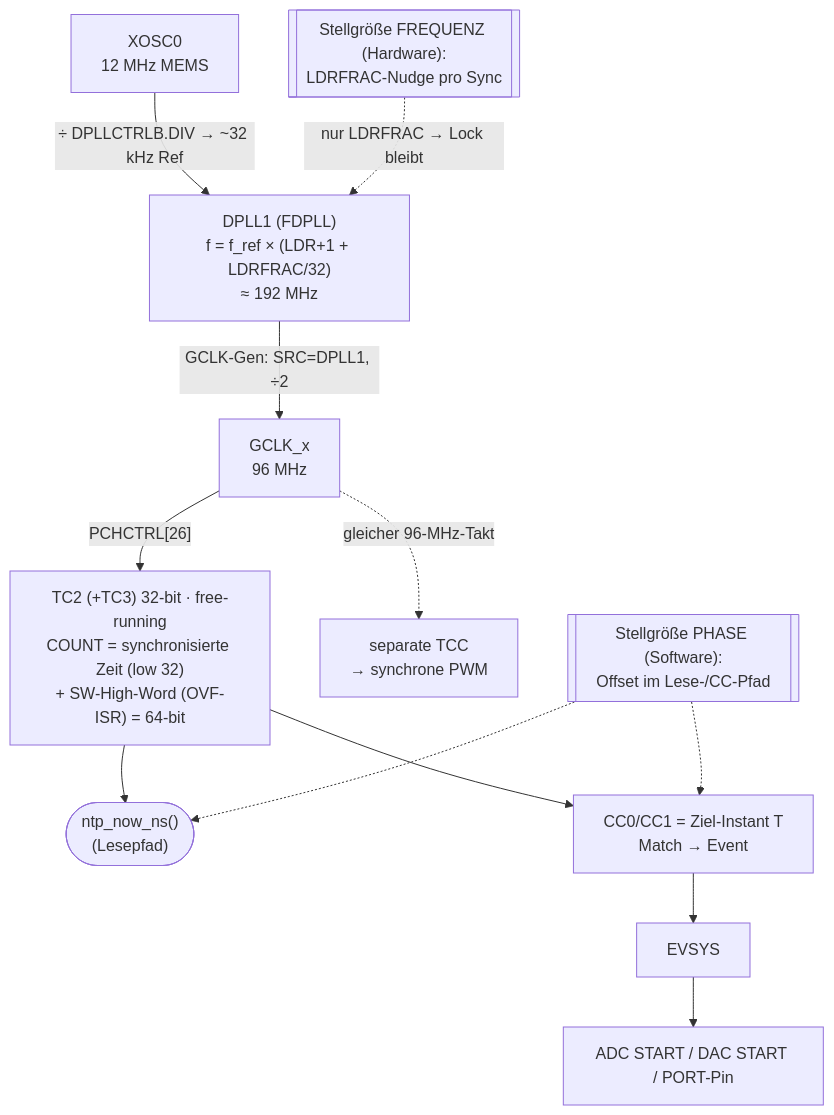
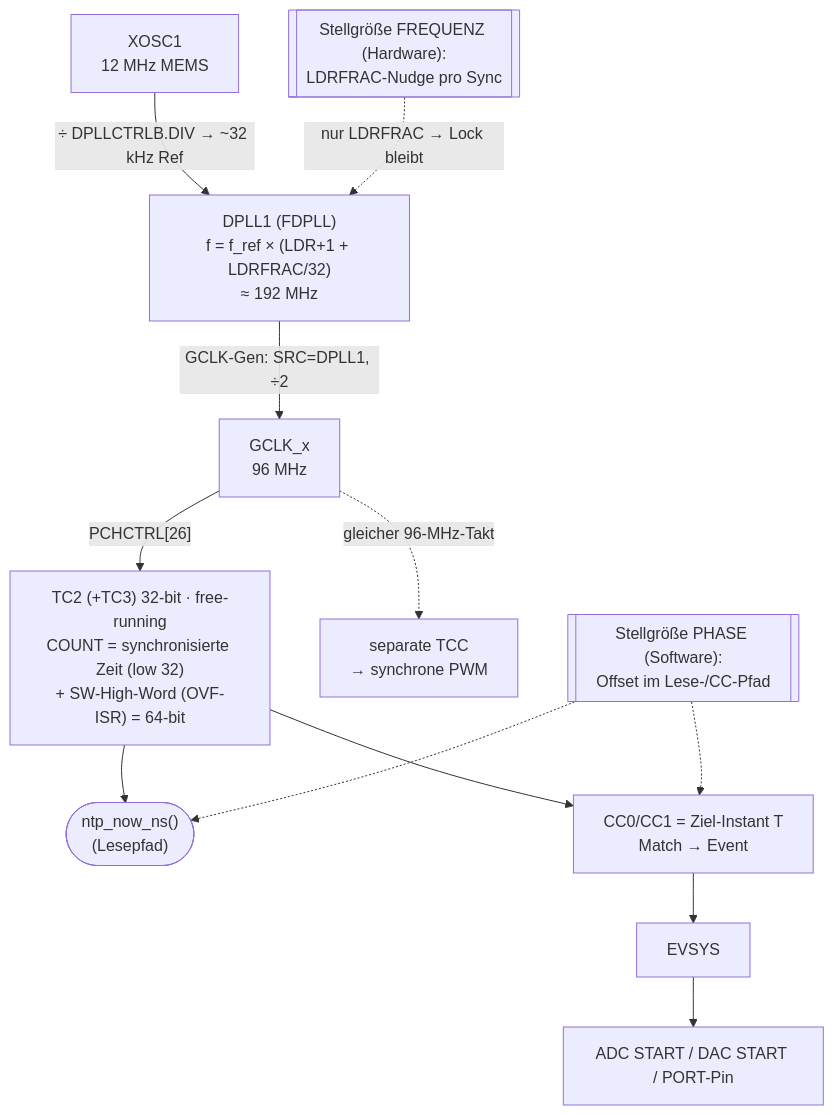
One commit to zabooh/lan866x-tools changed the first of 4 diagrams in firmware/t1s_100baset_bridge/docs/HW_TIMEBASE_B_C_IMPLEMENTATION.md. Above: the diagram before and after it, drawn with Mermaid. The commit also changed other lines of this file and 2 other files, not shown here.

First line of the commit message:
docs(timebase): correct 12 MHz source XOSC0 -> XOSC1 (XIN1/PB22), external MEMS clock

````diff
--- a/firmware/t1s_100baset_bridge/docs/HW_TIMEBASE_B_C_IMPLEMENTATION.md
+++ b/firmware/t1s_100baset_bridge/docs/HW_TIMEBASE_B_C_IMPLEMENTATION.md
@@ -70,26 +70,26 @@
 ```mermaid
 flowchart TB
-  XOSC0["XOSC0<br/>12 MHz MEMS"]
+  XOSC1["XOSC1<br/>12 MHz MEMS"]
   DPLL1["DPLL1 (FDPLL)<br/>f = f_ref × (LDR+1 + LDRFRAC/32)<br/>≈ 192 MHz"]
   GCLK["GCLK_x<br/>96 MHz"]
   TC2["TC2 (+TC3) 32-bit · free-running<br/>COUNT = synchronisierte Zeit (low 32)<br/>+ SW-High-Word (OVF-ISR) = 64-bit"]
   NOW(["ntp_now_ns()<br/>(Lesepfad)"])
   CC["CC0/CC1 = Ziel-Instant T<br/>Match → Event"]
   EVSYS["EVSYS"]
   OUT["ADC START / DAC START / PORT-Pin"]
   TCC["separate TCC<br/>→ synchrone PWM"]
   FREQ[["Stellgröße FREQUENZ (Hardware):<br/>LDRFRAC-Nudge pro Sync"]]
   PHASE[["Stellgröße PHASE (Software):<br/>Offset im Lese-/CC-Pfad"]]
 
-  XOSC0 -->|"÷ DPLLCTRLB.DIV → ~32 kHz Ref"| DPLL1
+  XOSC1 -->|"÷ DPLLCTRLB.DIV → ~32 kHz Ref"| DPLL1
   DPLL1 -->|"GCLK-Gen: SRC=DPLL1, ÷2"| GCLK
   GCLK -->|"PCHCTRL[26]"| TC2
   TC2 --> NOW
   TC2 --> CC
   CC --> EVSYS
   EVSYS --> OUT
   GCLK -. "gleicher 96-MHz-Takt" .-> TCC
   FREQ -. "nur LDRFRAC → Lock bleibt" .-> DPLL1
   PHASE -.-> NOW
   PHASE -.-> CC
 ```
````
